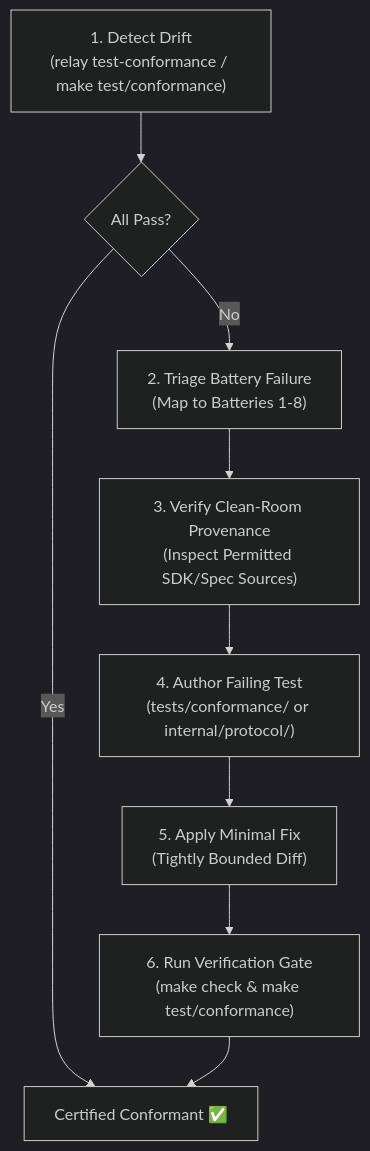
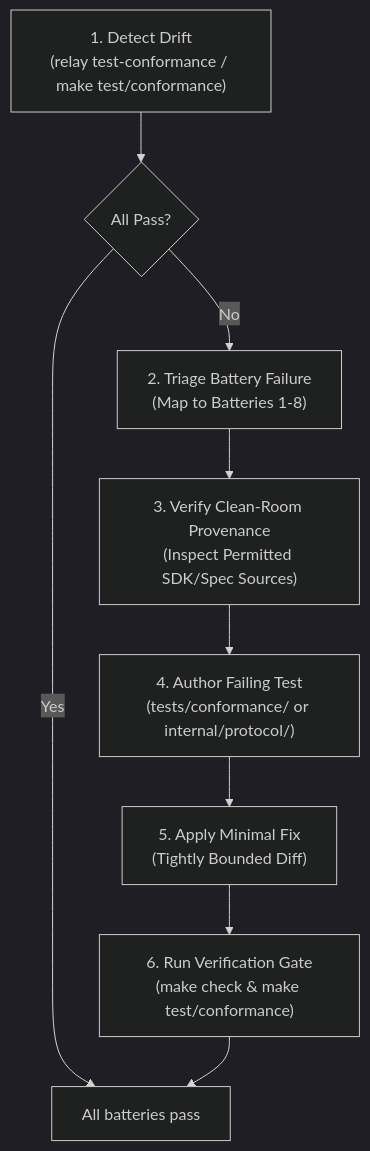
The diagram in .agents/skills/manage-conformance-drift/SKILL.md (abn/dbos-relay), drawn with Mermaid (dark theme) before and after one commit. The commit also changed other lines of this file and 10 other files, not shown here.

````diff
--- a/.agents/skills/manage-conformance-drift/SKILL.md
+++ b/.agents/skills/manage-conformance-drift/SKILL.md
@@ -18,11 +20,11 @@
 ```mermaid
 graph TD
     A["1. Detect Drift<br/>(relay test-conformance / make test/conformance)"] --> B{"All Pass?"}
-    B -->|"Yes"| C["Certified Conformant ✅"]
+    B -->|"Yes"| C["All batteries pass"]
     B -->|"No"| D["2. Triage Battery Failure<br/>(Map to Batteries 1-8)"]
     D --> E["3. Verify Clean-Room Provenance<br/>(Inspect Permitted SDK/Spec Sources)"]
     E --> F["4. Author Failing Test<br/>(tests/conformance/ or internal/protocol/)"]
     F --> G["5. Apply Minimal Fix<br/>(Tightly Bounded Diff)"]
     G --> H["6. Run Verification Gate<br/>(make check & make test/conformance)"]
     H --> C
 ```
````
